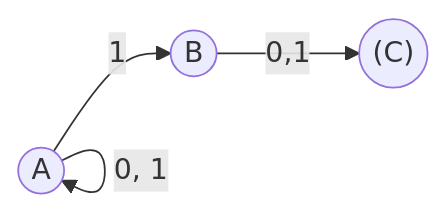
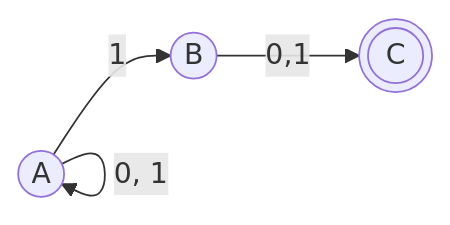
The second of 2 diagrams in README.md (James-Ansley/python-fsa), drawn with Mermaid before and after one commit. The commit also changed other lines of this file, not shown here.

````diff
--- a/README.md
+++ b/README.md
@@ -60,7 +60,7 @@
 ```mermaid
 graph LR
-    A((A)) & B((B)) & C(("(C)"))
+    A((A)) & B((B)) & C(((C)))
     A -->|1| B
     A -->|0, 1| A
     B -->|0,1| C
 ```
````
